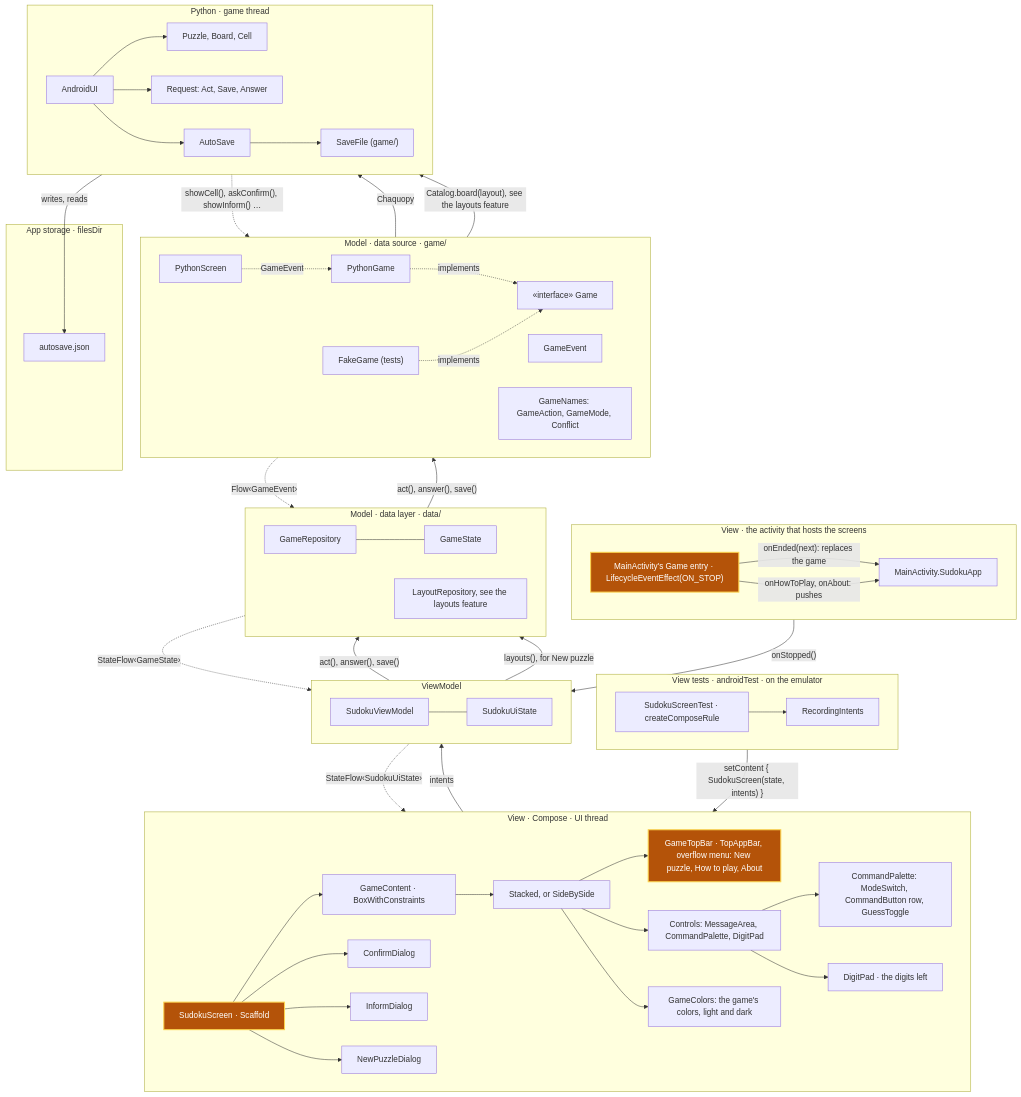
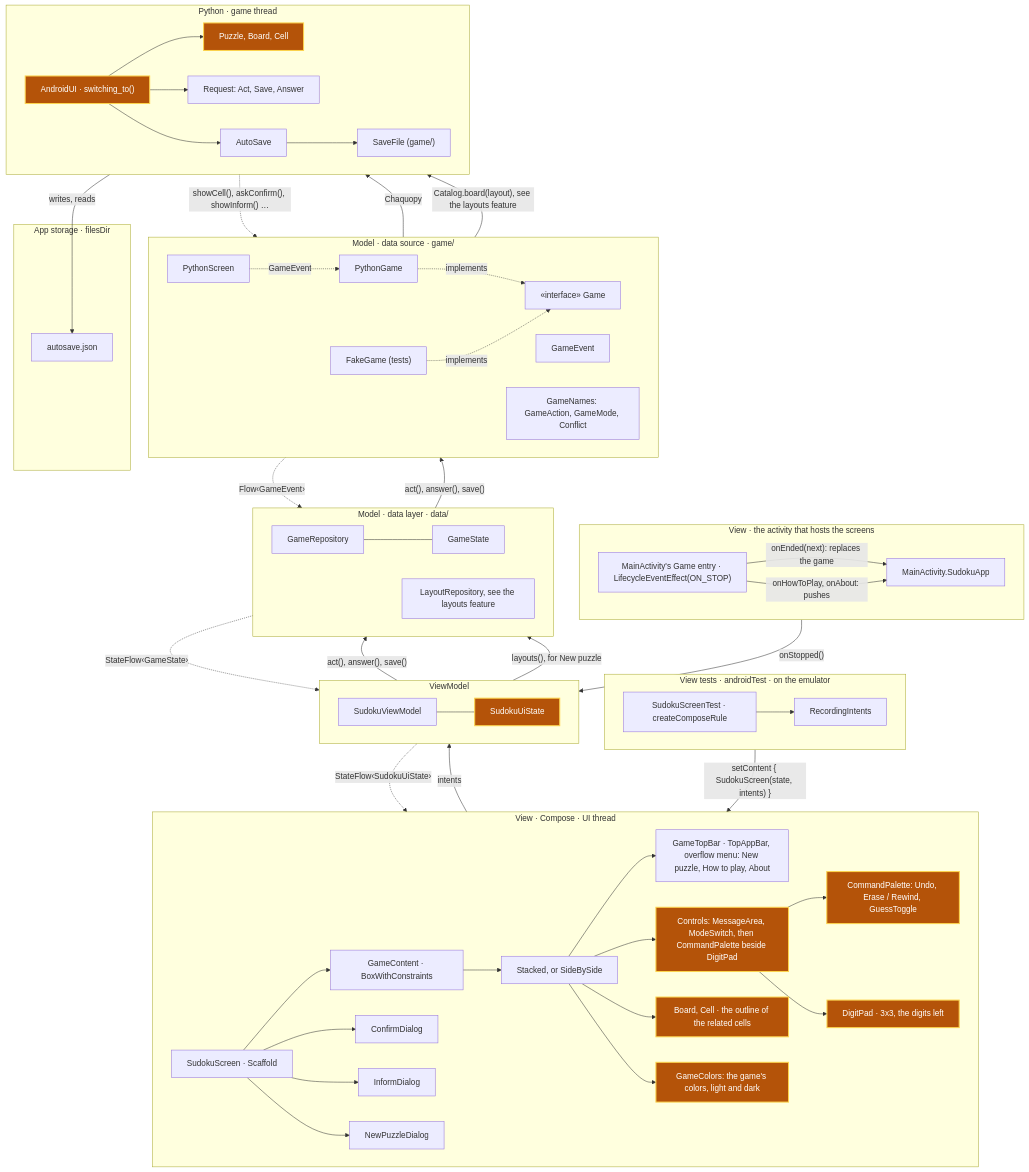
One commit to aivanov61/sudoku-solver changed the fifth of 19 diagrams in android/docs/architecture.md. Above: the diagram before and after it, drawn with Mermaid. The commit also changed other lines of this file and 18 other files, not shown here.

````diff
--- a/android/docs/architecture.md
+++ b/android/docs/architecture.md
@@ -254,79 +255,80 @@
 ```mermaid
 flowchart TB
     subgraph Host["View · the activity that hosts the screens"]
         direction LR
         SudokuApp["MainActivity.SudokuApp"]
         GameEntry["MainActivity's Game entry · LifecycleEventEffect(ON_STOP)"]
     end
 
     subgraph View["View · Compose · UI thread"]
         direction LR
         SudokuScreen["SudokuScreen · Scaffold"] --> GameContent["GameContent · BoxWithConstraints"]
         GameContent --> Board["Stacked, or SideBySide"]
         Board --> GameTopBar["GameTopBar · TopAppBar, overflow menu: New puzzle, How to play, About"]
-        Board --> Controls["Controls: MessageArea, CommandPalette, DigitPad"]
-        Controls --> CommandPalette["CommandPalette: ModeSwitch, CommandButton row, GuessToggle"]
-        Controls --> DigitPad["DigitPad · the digits left"]
+        Board --> Controls["Controls: MessageArea, ModeSwitch, then CommandPalette beside DigitPad"]
+        Controls --> CommandPalette["CommandPalette: Undo, Erase / Rewind, GuessToggle"]
+        Controls --> DigitPad["DigitPad · 3x3, the digits left"]
+        Board --> BoardCells["Board, Cell · the outline of the related cells"]
         Board --> GameColors["GameColors: the game's colors, light and dark"]
         SudokuScreen --> ConfirmDialog["ConfirmDialog"]
         SudokuScreen --> InformDialog["InformDialog"]
         SudokuScreen --> NewPuzzleDialog
     end
 
     subgraph ViewTests["View tests · androidTest · on the emulator"]
         direction LR
         SudokuScreenTest["SudokuScreenTest · createComposeRule"] --> RecordingIntents["RecordingIntents"]
     end
 
     subgraph VM["ViewModel"]
         direction LR
         SudokuViewModel --- SudokuUiState
     end
 
     subgraph DataLayer["Model · data layer · data/"]
         direction LR
         GameRepository["GameRepository"] --- GameState
         LayoutRepository["LayoutRepository, see the layouts feature"]
     end
 
     subgraph DataSource["Model · data source · game/"]
         direction LR
         PythonGame["PythonGame"] -. implements .-> Game["«interface» Game"]
         GameEvent
         FakeGame["FakeGame (tests)"] -. implements .-> Game
         PythonScreen
         GameNames["GameNames: GameAction, GameMode, Conflict"]
     end
 
     subgraph Python["Python · game thread"]
         direction LR
-        AndroidUI["AndroidUI"] --> Puzzle["Puzzle, Board, Cell"]
+        AndroidUI["AndroidUI · switching_to()"] --> Puzzle["Puzzle, Board, Cell"]
         AndroidUI --> Requests["Request: Act, Save, Answer"]
         AndroidUI --> AutoSave["AutoSave"]
         AutoSave --> SaveFile["SaveFile (game/)"]
     end
 
     subgraph Storage["App storage · filesDir"]
         AutoSaveFile["autosave.json"]
     end
 
     GameEntry -- "onStopped()" --> SudokuViewModel
     GameEntry -- "onEnded(next): replaces the game" --> SudokuApp
     GameEntry -- "onHowToPlay, onAbout: pushes" --> SudokuApp
     SudokuScreenTest -- "setContent { SudokuScreen(state, intents) }" --> SudokuScreen
     SudokuScreen -- "intents" --> SudokuViewModel
     SudokuViewModel -. "StateFlow‹SudokuUiState›" .-> SudokuScreen
     SudokuViewModel -- "act(), answer(), save()" --> GameRepository
     SudokuViewModel -- "layouts(), for New puzzle" --> LayoutRepository
     GameRepository -. "StateFlow‹GameState›" .-> SudokuViewModel
     GameRepository -- "act(), answer(), save()" --> Game
     Game -. "Flow‹GameEvent›" .-> GameRepository
     PythonGame -- "Chaquopy" --> AndroidUI
     AndroidUI -. "showCell(), askConfirm(), showInform() …" .-> PythonScreen
     PythonScreen -. "GameEvent" .-> PythonGame
     PythonGame -- "Catalog.board(layout), see the layouts feature" --> AndroidUI
     SaveFile -- "writes, reads" --> AutoSaveFile
 
     classDef changed fill:#b45309,stroke:#fcd34d,stroke-width:2px,color:#ffffff
-    class GameTopBar,SudokuScreen,GameEntry changed
+    class Controls,CommandPalette,DigitPad,BoardCells,GameColors,SudokuUiState,AndroidUI,Puzzle changed
 ```
````
